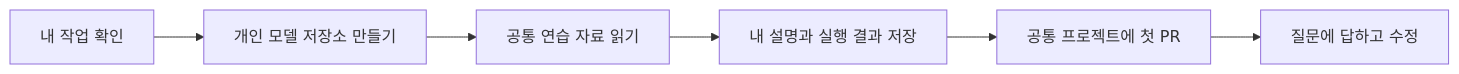
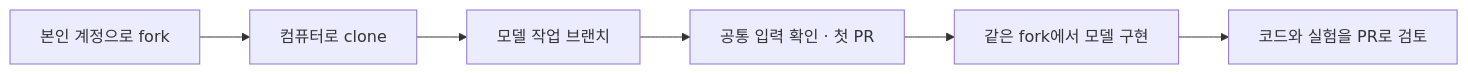
The diagram in docs/LEARNING_WORKFLOW.md (WaterMinCho/programming-study), drawn with Mermaid before and after one commit. The commit also changed other lines of this file and 5 other files, not shown here.

````diff
--- a/docs/LEARNING_WORKFLOW.md
+++ b/docs/LEARNING_WORKFLOW.md
@@ -5,8 +7,8 @@
 ```mermaid
 flowchart LR
-    A["내 작업 확인"] --> B["개인 모델 저장소 만들기"]
-    B --> C["공통 연습 자료 읽기"]
-    C --> D["내 설명과 실행 결과 저장"]
-    D --> E["공통 프로젝트에 첫 PR"]
-    E --> F["질문에 답하고 수정"]
+    A["본인 계정으로 fork"] --> B["컴퓨터로 clone"]
+    B --> C["모델 작업 브랜치"]
+    C --> D["공통 입력 확인 · 첫 PR"]
+    D --> E["같은 fork에서 모델 구현"]
+    E --> F["코드와 실험을 PR로 검토"]
 ```
````
